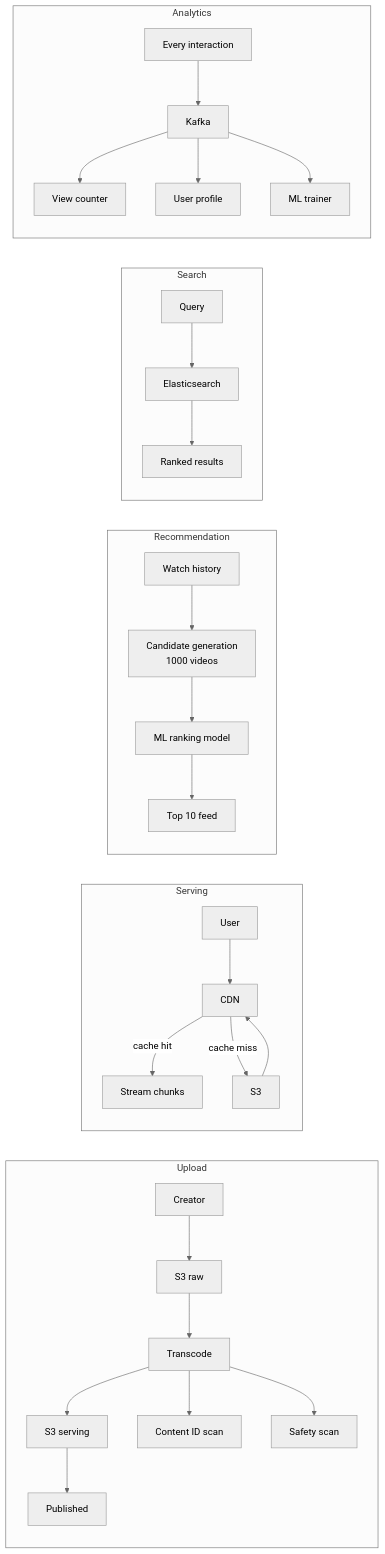
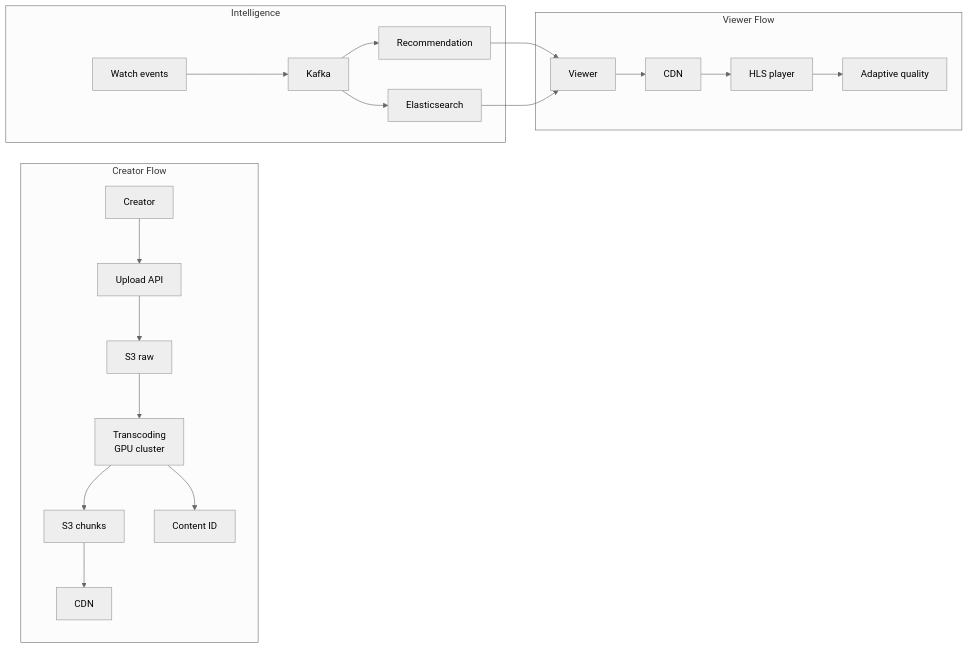
The third of 3 diagrams in docs/case-studies/youtube.md (Nityaa2396/system-design-bootcamp), drawn with Mermaid (neutral theme) before and after one commit. The commit also changed other lines of this file, not shown here.

````diff
--- a/docs/case-studies/youtube.md
+++ b/docs/case-studies/youtube.md
@@ -292,36 +290,25 @@
 ```mermaid
 flowchart LR
-    subgraph Upload
-        A[Creator] --> B[S3 raw]
-        B --> C[Transcode]
-        C --> D[S3 serving]
-        C --> E[Content ID scan]
-        C --> F[Safety scan]
-        D --> G[Published]
+    subgraph Creator Flow
+        A[Creator] --> B[Upload API]
+        B --> C[S3 raw]
+        C --> D[Transcoding\nGPU cluster]
+        D --> E[S3 chunks]
+        D --> F[Content ID]
+        E --> G[CDN]
     end
 
-    subgraph Serving
-        H[User] --> I[CDN]
-        I -->|cache hit| J[Stream chunks]
-        I -->|cache miss| K[S3]
-        K --> I
+    subgraph Viewer Flow
+        H[Viewer] --> I[CDN]
+        I --> J[HLS player]
+        J --> K[Adaptive quality]
     end
 
-    subgraph Recommendation
-        L[Watch history] --> M[Candidate generation\n1000 videos]
-        M --> N[ML ranking model]
-        N --> O[Top 10 feed]
-    end
-
-    subgraph Search
-        P[Query] --> Q[Elasticsearch]
-        Q --> R[Ranked results]
-    end
-
-    subgraph Analytics
-        S[Every interaction] --> T[Kafka]
-        T --> U[View counter]
-        T --> V[User profile]
-        T --> W[ML trainer]
+    subgraph Intelligence
+        L[Watch events] --> M[Kafka]
+        M --> N[Recommendation]
+        M --> O[Elasticsearch]
+        N --> H
+        O --> H
     end
 ```
````
